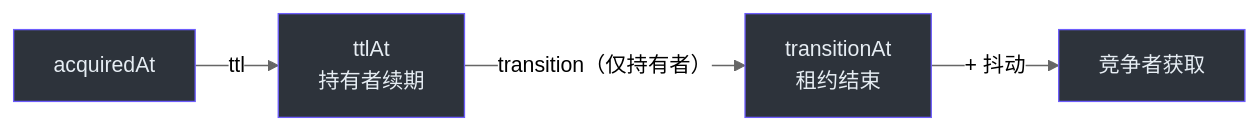
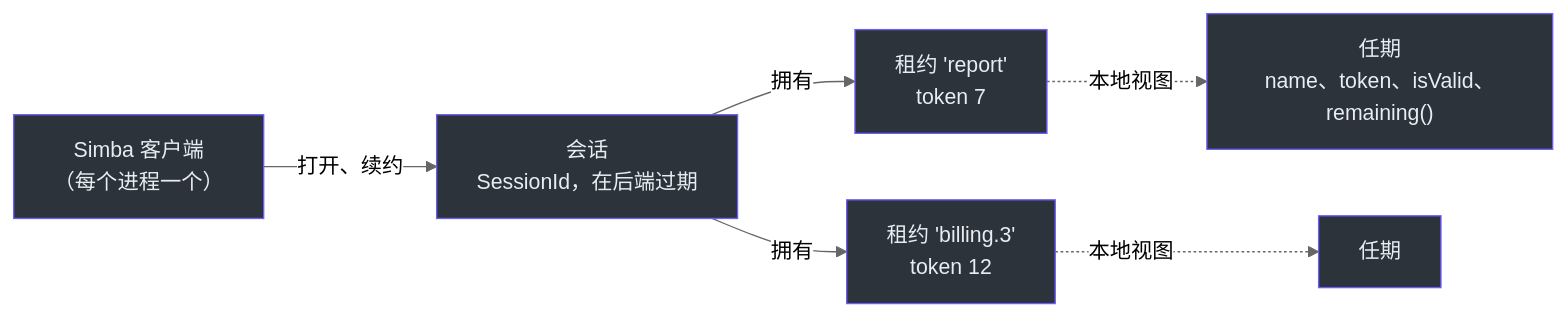
Before and after one commit to Ahoo-Wang/Simba: the first of 3 diagrams in wiki/zh/guide/correctness.md, drawn with Mermaid (neutral theme). The commit also changed other lines of this file and 45 other files, not shown here.

````diff
--- a/wiki/zh/guide/correctness.md
+++ b/wiki/zh/guide/correctness.md
@@ -18,10 +14,14 @@
 ```mermaid
 graph LR
-    A["acquiredAt"] -->|"ttl"| B["ttlAt<br>持有者续期"]
-    B -->|"transition（仅持有者）"| C["transitionAt<br>租约结束"]
-    C -->|"+ 抖动"| D["竞争者获取"]
-    style A fill:#2d333b,stroke:#6d5dfc,color:#e6edf3
-    style B fill:#2d333b,stroke:#6d5dfc,color:#e6edf3
-    style C fill:#2d333b,stroke:#6d5dfc,color:#e6edf3
-    style D fill:#2d333b,stroke:#6d5dfc,color:#e6edf3
+    P["Simba 客户端<br>（每个进程一个）"] -->|"打开、续约"| S["会话<br>SessionId，在后端过期"]
+    S -->|"拥有"| L1["租约 'report'<br>token 7"]
+    S -->|"拥有"| L2["租约 'billing.3'<br>token 12"]
+    L1 -.->|"本地视图"| T1["任期<br>name、token、isValid、remaining()"]
+    L2 -.->|"本地视图"| T2["任期"]
+    style P fill:#2d333b,stroke:#6d5dfc,color:#e6edf3
+    style S fill:#2d333b,stroke:#6d5dfc,color:#e6edf3
+    style L1 fill:#2d333b,stroke:#6d5dfc,color:#e6edf3
+    style L2 fill:#2d333b,stroke:#6d5dfc,color:#e6edf3
+    style T1 fill:#2d333b,stroke:#6d5dfc,color:#e6edf3
+    style T2 fill:#2d333b,stroke:#6d5dfc,color:#e6edf3
 ```
````
